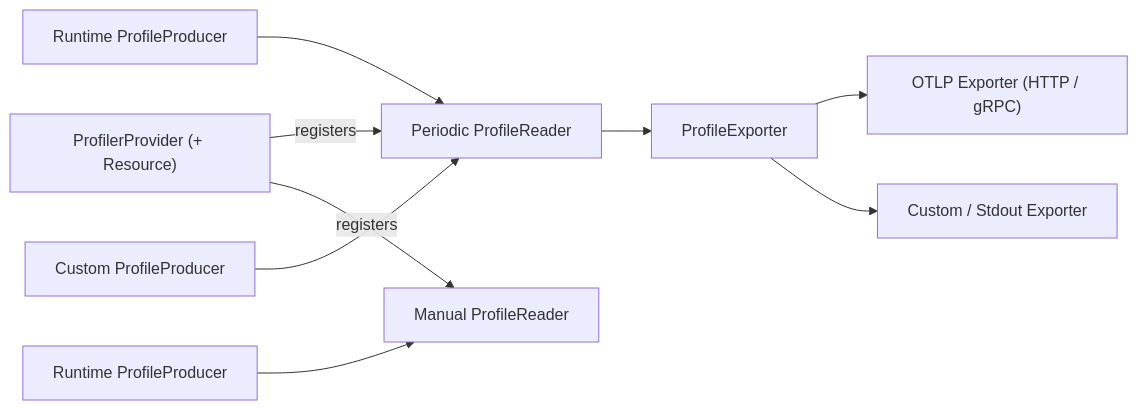
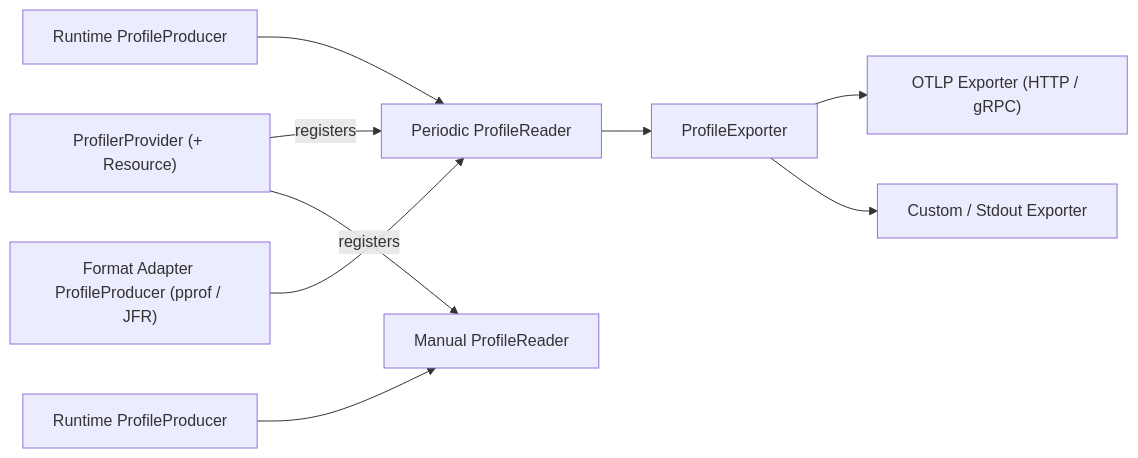
One commit to open-telemetry/opentelemetry-specification changed the diagram in oteps/profiles/5476-profiles-sdk.md. Above: the diagram before and after it, drawn with Mermaid. The commit also changed other lines of this file, not shown here.

````diff
--- a/oteps/profiles/5476-profiles-sdk.md
+++ b/oteps/profiles/5476-profiles-sdk.md
@@ -71,11 +71,11 @@
 ```mermaid
 flowchart LR
     PP["ProfilerProvider (+ Resource)"] -->|registers| PR["Periodic ProfileReader"]
     PP -->|registers| MR["Manual ProfileReader"]
     RP1["Runtime ProfileProducer"] --> PR
-    CP["Custom ProfileProducer"] --> PR
+    FA["Format Adapter ProfileProducer (pprof / JFR)"] --> PR
     RP2["Runtime ProfileProducer"] --> MR
     PR --> EXP["ProfileExporter"]
     EXP --> OTLP["OTLP Exporter (HTTP / gRPC)"]
     EXP --> CUST["Custom / Stdout Exporter"]
 ```
````
